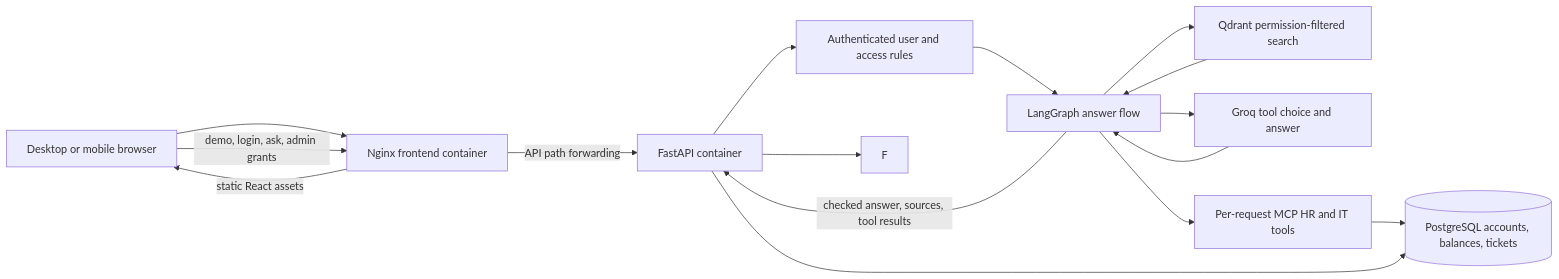
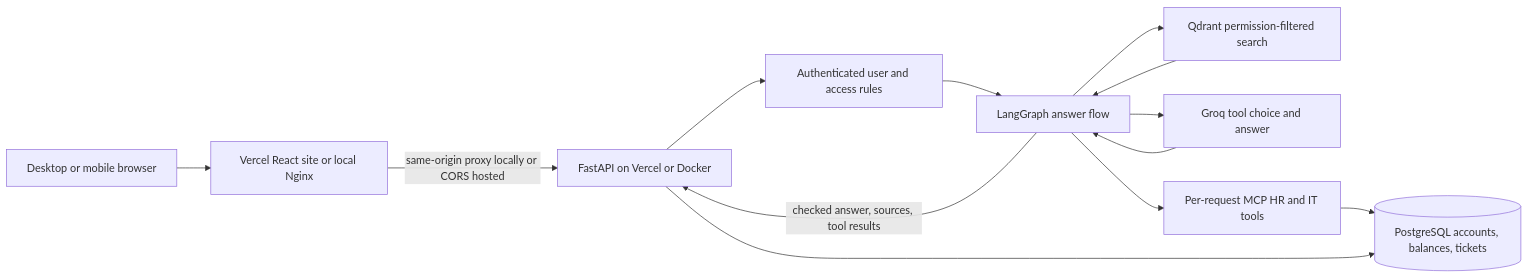
The diagram in README.md (atandritC/Clearance), drawn with Mermaid before and after one commit. The commit also changed other lines of this file and 9 other files, not shown here.

````diff
--- a/README.md
+++ b/README.md
@@ -102,18 +115,15 @@
 ```mermaid
 flowchart LR
-  U[Desktop or mobile browser] --> N[Nginx frontend container]
-  N -->|static React assets| U
-  U -->|demo, login, ask, admin grants| N
-  N -->|API path forwarding| A[FastAPI container]
+  U[Desktop or mobile browser] --> F[Vercel React site or local Nginx]
+  F -->|same-origin proxy locally or CORS hosted| A[FastAPI on Vercel or Docker]
   A --> AU[Authenticated user and access rules]
   AU --> G[LangGraph answer flow]
   G --> Q[Qdrant permission-filtered search]
   G --> M[Groq tool choice and answer]
   G --> T[Per-request MCP HR and IT tools]
   T --> P[(PostgreSQL accounts, balances, tickets)]
   A --> P
   Q --> G
   M --> G
   G -->|checked answer, sources, tool results| A
-  A --> F
 ```
````
